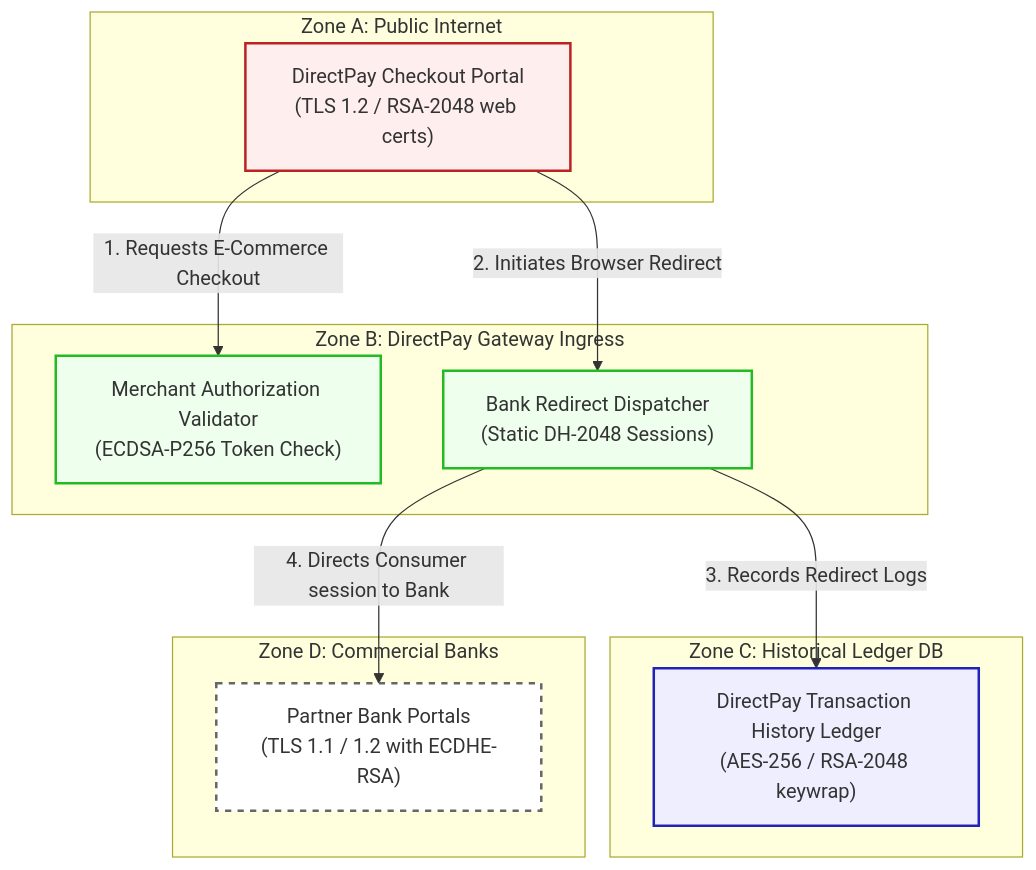
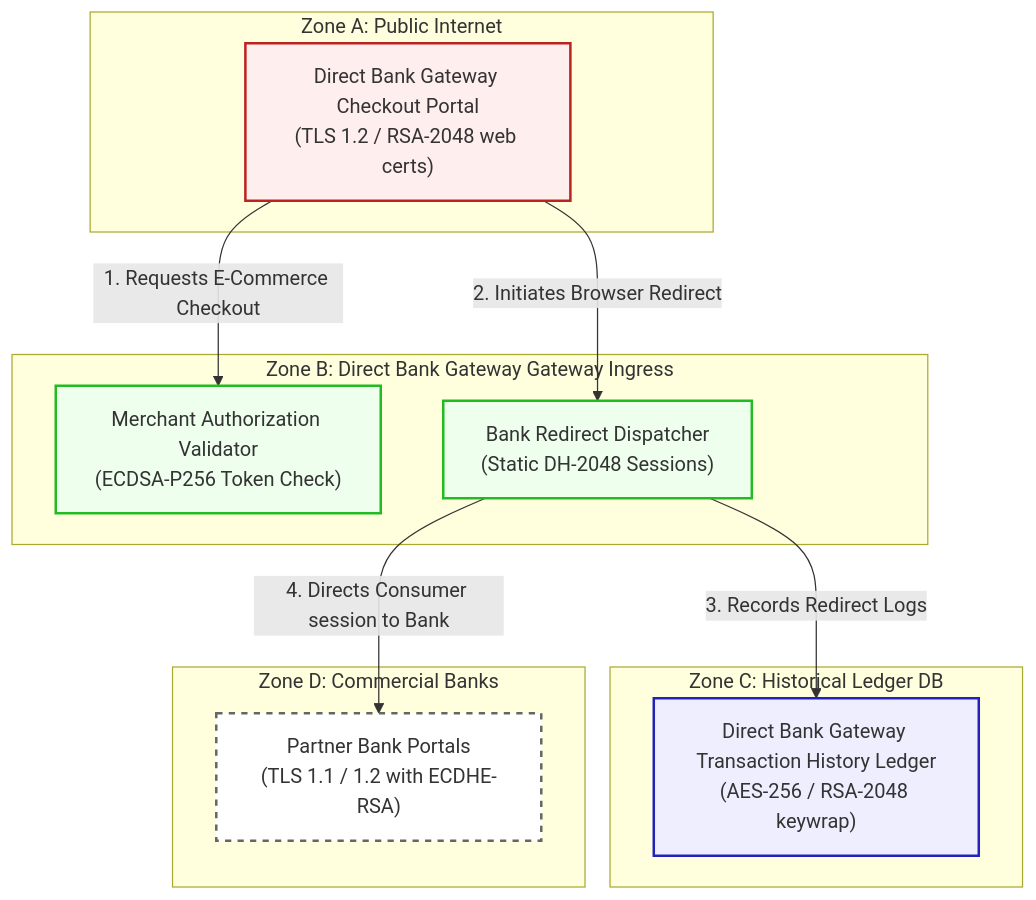
One commit to justinwkUKM/AETHER-PQC changed the diagram in sample_artifacts/scenarios/13-direct-bank-gateway/architecture.md. Above: the diagram before and after it, drawn with Mermaid. The commit also changed other lines of this file and 187 other files, not shown here.

````diff
--- a/sample_artifacts/scenarios/13-direct-bank-gateway/architecture.md
+++ b/sample_artifacts/scenarios/13-direct-bank-gateway/architecture.md
@@ -21,38 +21,38 @@
 ```mermaid
 graph TD
   subgraph Zone_A_Browser ["Zone A: Public Internet"]
-    N1["DirectPay Checkout Portal<br/>(TLS 1.2 / RSA-2048 web certs)"]
+    N1["Direct Bank Gateway Checkout Portal<br/>(TLS 1.2 / RSA-2048 web certs)"]
   end
 
-  subgraph Zone_B_Ingress ["Zone B: DirectPay Gateway Ingress"]
+  subgraph Zone_B_Ingress ["Zone B: Direct Bank Gateway Gateway Ingress"]
     N2["Merchant Authorization Validator<br/>(ECDSA-P256 Token Check)"]
     N3["Bank Redirect Dispatcher<br/>(Static DH-2048 Sessions)"]
   end
 
   subgraph Zone_C_DB ["Zone C: Historical Ledger DB"]
-    N4["DirectPay Transaction History Ledger<br/>(AES-256 / RSA-2048 keywrap)"]
+    N4["Direct Bank Gateway Transaction History Ledger<br/>(AES-256 / RSA-2048 keywrap)"]
   end
 
   subgraph Zone_D_Banks ["Zone D: Commercial Banks"]
     N5["Partner Bank Portals<br/>(TLS 1.1 / 1.2 with ECDHE-RSA)"]
   end
 
   %% Flow Connections %%
   N1 -->|1. Requests E-Commerce Checkout| N2
   N1 -->|2. Initiates Browser Redirect| N3
   N3 -->|3. Records Redirect Logs| N4
   N3 -->|4. Directs Consumer session to Bank| N5
 
   %% Styling %%
   classDef dmz fill:#fee,stroke:#b22,stroke-width:2px;
   classDef core fill:#efe,stroke:#2b2,stroke-width:2px;
   classDef enclave fill:#eef,stroke:#22b,stroke-width:2px;
   classDef archive fill:#fef,stroke:#b2b,stroke-width:2px;
   classDef ext fill:#fff,stroke:#666,stroke-width:2px,stroke-dasharray: 5 5;
 
   class N1 dmz;
   class N2 core;
   class N3 core;
   class N4 enclave;
   class N5 ext;
 ```
````
